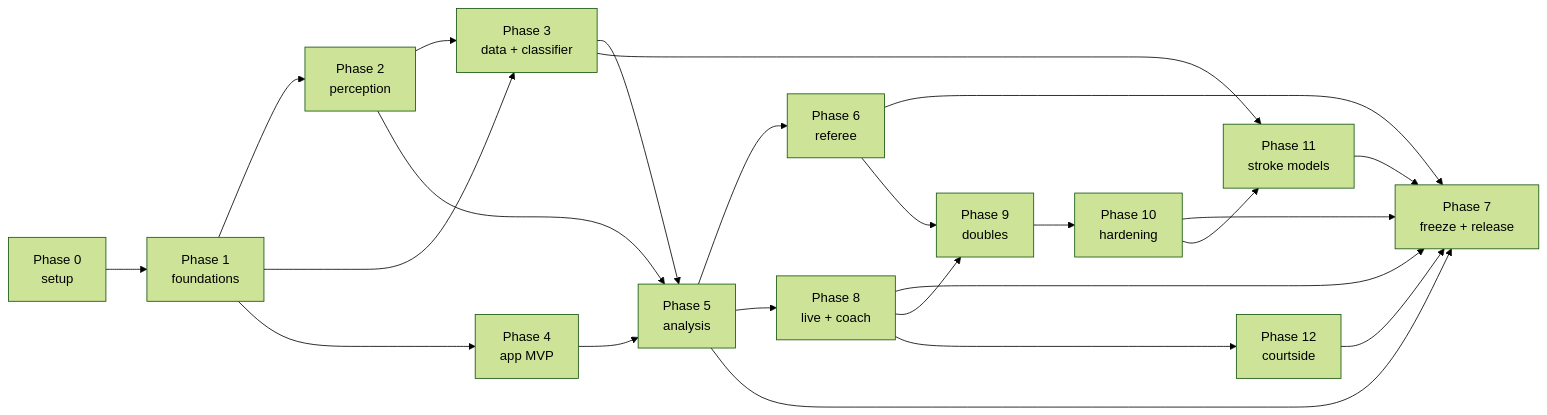
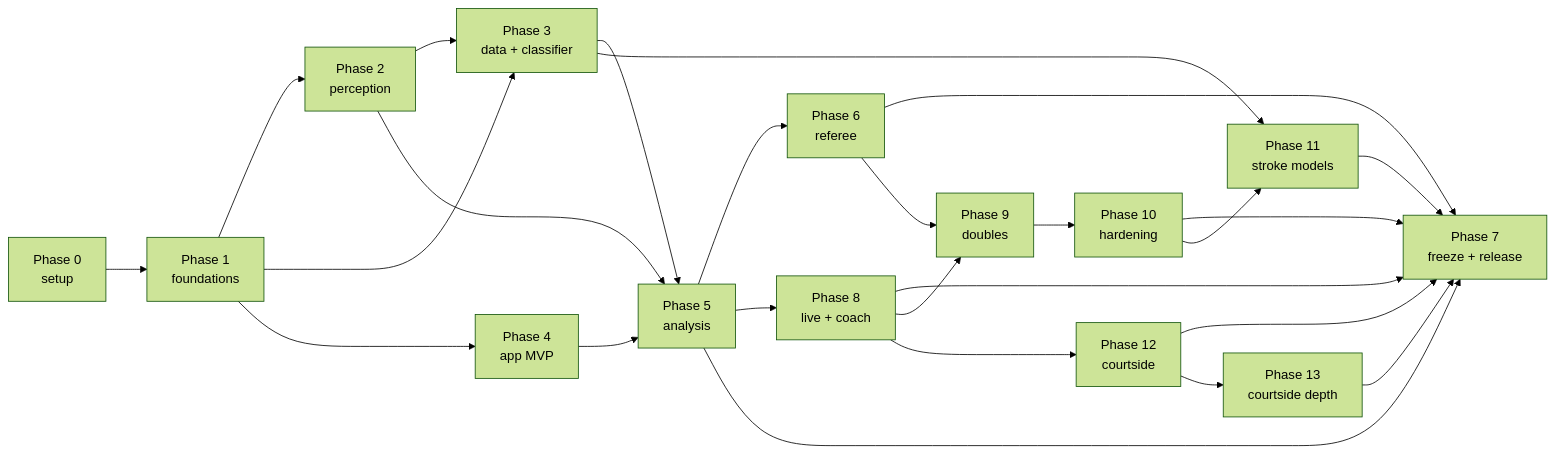
One commit to Mist10148/ShuttleSense changed the second of 3 diagrams in docs/PHASES.md. Above: the diagram before and after it, drawn with Mermaid (forest theme). The commit also changed other lines of this file and 6 other files, not shown here.

````diff
--- a/docs/PHASES.md
+++ b/docs/PHASES.md
@@ -102,25 +103,27 @@
 ```mermaid
 flowchart LR
     P0[Phase 0<br/>setup] --> P1[Phase 1<br/>foundations]
     P1 --> P2[Phase 2<br/>perception]
     P1 --> P3[Phase 3<br/>data + classifier]
     P1 --> P4[Phase 4<br/>app MVP]
     P2 --> P3
     P2 --> P5[Phase 5<br/>analysis]
     P3 --> P5
     P4 --> P5
     P5 --> P6[Phase 6<br/>referee]
     P5 --> P8[Phase 8<br/>live + coach]
     P8 --> P7
     P5 --> P7[Phase 7<br/>freeze + release]
     P6 --> P7
     P8 --> P9[Phase 9<br/>doubles]
     P6 --> P9
     P9 --> P10[Phase 10<br/>hardening]
     P10 --> P7
     P3 --> P11[Phase 11<br/>stroke models]
     P10 --> P11
     P11 --> P7
     P8 --> P12[Phase 12<br/>courtside]
     P12 --> P7
+    P12 --> P13[Phase 13<br/>courtside depth]
+    P13 --> P7
 ```
````
